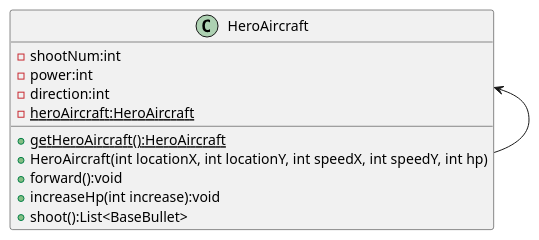
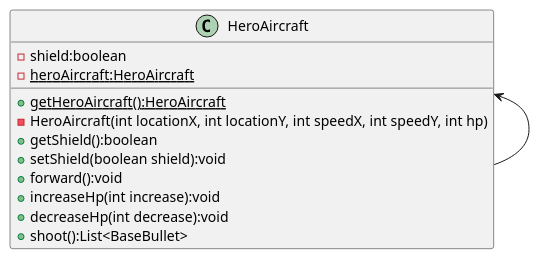
The diagram in uml/HeroAircraftSingleton.puml (arth-saer/AircraftWar), drawn with PlantUML before and after one commit. The commit also changed 77 other files, not shown here.

```diff
--- a/uml/HeroAircraftSingleton.puml
+++ b/uml/HeroAircraftSingleton.puml
@@ -1,17 +1,18 @@
 @startuml
 'https://plantuml.com/class-diagram
 
 class HeroAircraft {
-    - shootNum:int
-    - power:int
-    - direction:int
+    - shield:boolean
     - {static} heroAircraft:HeroAircraft
     + {static} getHeroAircraft():HeroAircraft
-    + HeroAircraft(int locationX, int locationY, int speedX, int speedY, int hp)
+    - HeroAircraft(int locationX, int locationY, int speedX, int speedY, int hp)
+    + getShield():boolean
+    + setShield(boolean shield):void
     + forward():void
     + increaseHp(int increase):void
+    + decreaseHp(int decrease):void
     + shoot():List<BaseBullet>
 }
 HeroAircraft <-- HeroAircraft
 
 @enduml
```
